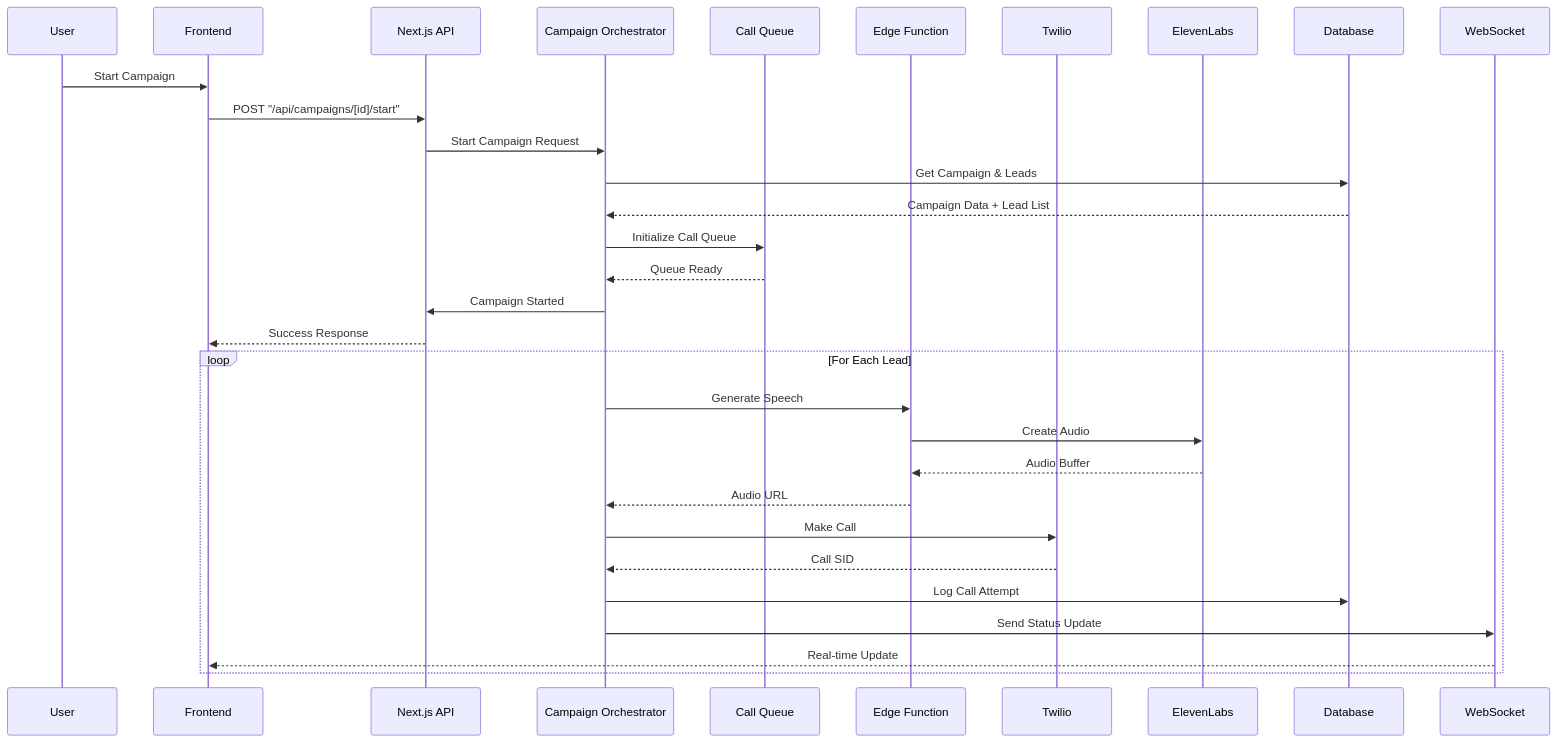
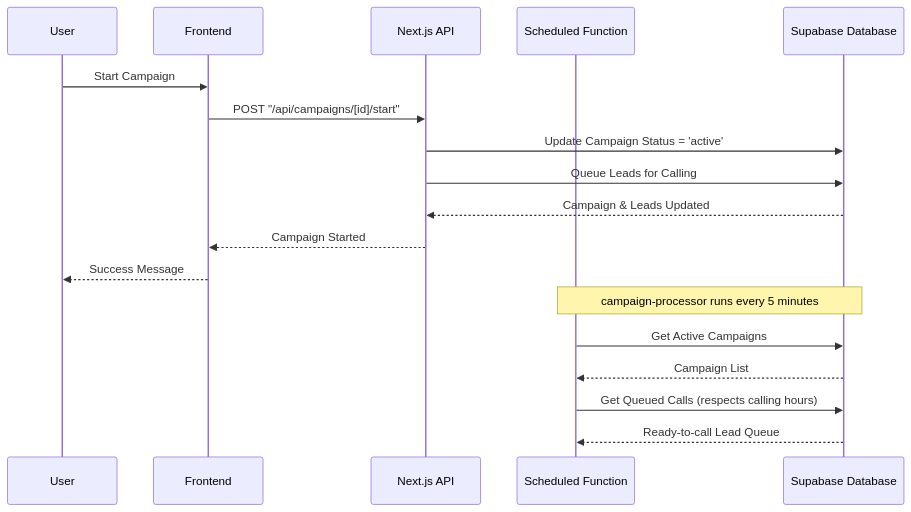
The third of 13 diagrams in docs/elevenlabs-architecture.md (callhenk/henk), drawn with Mermaid before and after one commit. The commit also changed other lines of this file, not shown here.

First line of the commit message:
Revise ElevenLabs architecture documentation to reflect simplified outbound campaign design

````diff
--- a/docs/elevenlabs-architecture.md
+++ b/docs/elevenlabs-architecture.md
@@ -137,35 +101,22 @@
 ```mermaid
 sequenceDiagram
     participant U as User
     participant F as Frontend
     participant N as Next.js API
-    participant O as Campaign Orchestrator
-    participant Q as Call Queue
-    participant E as Edge Function
-    participant T as Twilio
-    participant EL as ElevenLabs
-    participant DB as Database
-    participant WS as WebSocket
+    participant SF as Scheduled Function
+    participant DB as Supabase Database
 
     U->>F: Start Campaign
     F->>N: POST "/api/campaigns/[id]/start"
-    N->>O: Start Campaign Request
-    O->>DB: Get Campaign & Leads
-    DB-->>O: Campaign Data + Lead List
-    O->>Q: Initialize Call Queue
-    Q-->>O: Queue Ready
-    O->>N: Campaign Started
-    N-->>F: Success Response
+    N->>DB: Update Campaign Status = 'active'
+    N->>DB: Queue Leads for Calling
+    DB-->>N: Campaign & Leads Updated
+    N-->>F: Campaign Started
+    F-->>U: Success Message
 
-    loop For Each Lead
-        O->>E: Generate Speech
-        E->>EL: Create Audio
-        EL-->>E: Audio Buffer
-        E-->>O: Audio URL
-        O->>T: Make Call
-        T-->>O: Call SID
-        O->>DB: Log Call Attempt
-        O->>WS: Send Status Update
-        WS-->>F: Real-time Update
-    end
+    Note over SF,DB: campaign-processor runs every 5 minutes
+    SF->>DB: Get Active Campaigns
+    DB-->>SF: Campaign List
+    SF->>DB: Get Queued Calls (respects calling hours)
+    DB-->>SF: Ready-to-call Lead Queue
 ```
````
